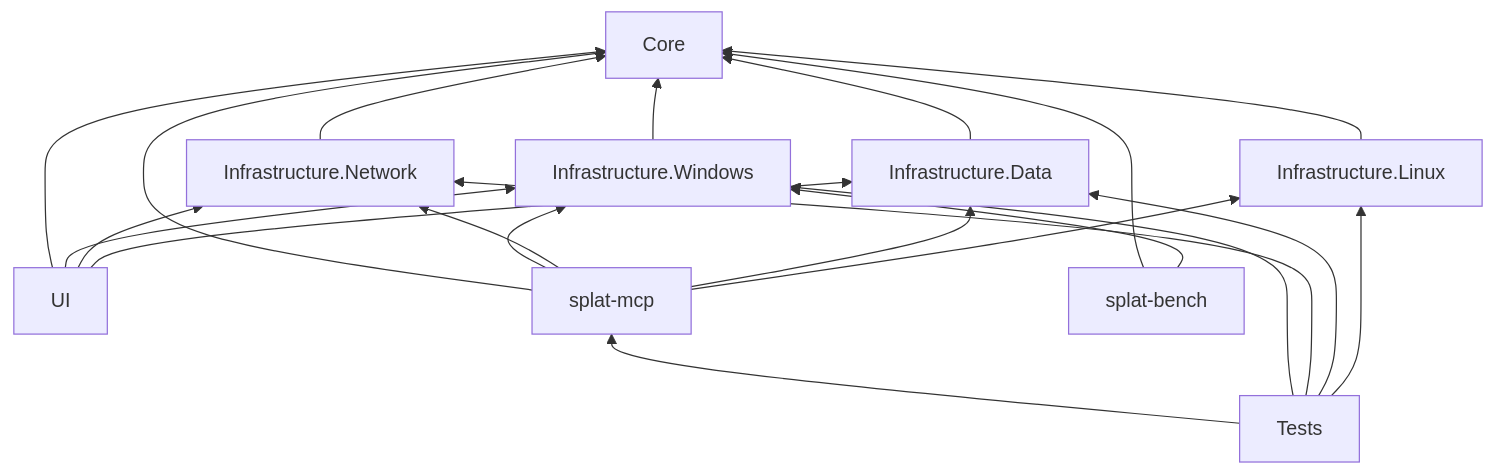
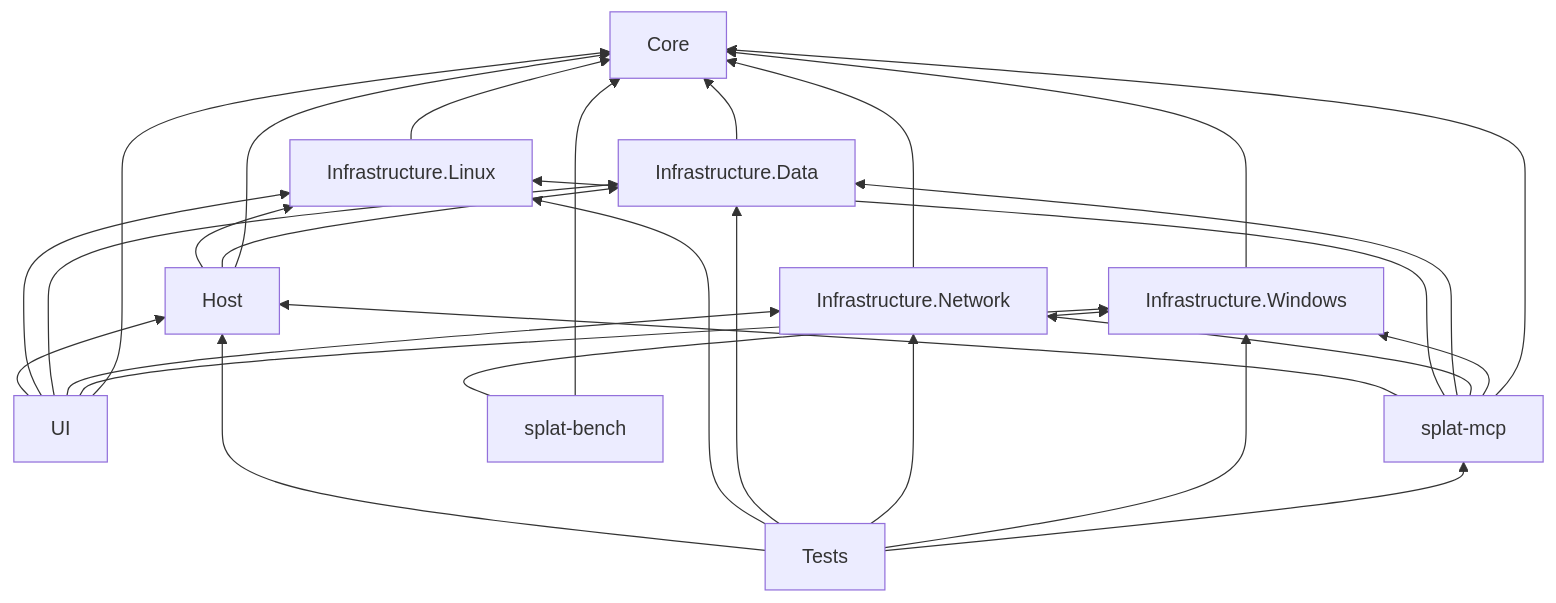
One commit to Spplatten/SPLAT changed the diagram in docs/MODULE_INFO.md. Above: the diagram before and after it, drawn with Mermaid. The commit also changed other lines of this file and 54 other files, not shown here.

````diff
--- a/docs/MODULE_INFO.md
+++ b/docs/MODULE_INFO.md
@@ -32,24 +33,31 @@
 ```mermaid
 flowchart BT
     CORE["Core"]
     WIN["Infrastructure.Windows"] --> CORE
     NET["Infrastructure.Network"] --> CORE
     DATA["Infrastructure.Data"] --> CORE
     LNX["Infrastructure.Linux"] --> CORE
+    HOST["Host"] --> CORE
+    HOST --> DATA
+    HOST --> LNX
     UI["UI"] --> CORE
     UI --> WIN
     UI --> NET
     UI --> DATA
+    UI --> LNX
+    UI --> HOST
     MCP["splat-mcp"] --> CORE
     MCP --> WIN
     MCP --> NET
     MCP --> DATA
     MCP --> LNX
+    MCP --> HOST
     BENCH["splat-bench"] --> CORE
     BENCH --> WIN
     TESTS["Tests"] --> MCP
     TESTS --> WIN
     TESTS --> NET
     TESTS --> DATA
     TESTS --> LNX
+    TESTS --> HOST
 ```
````
